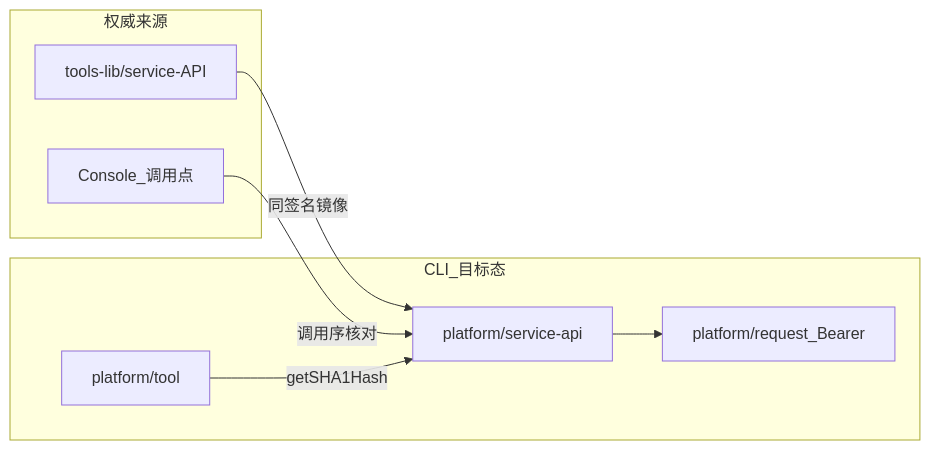
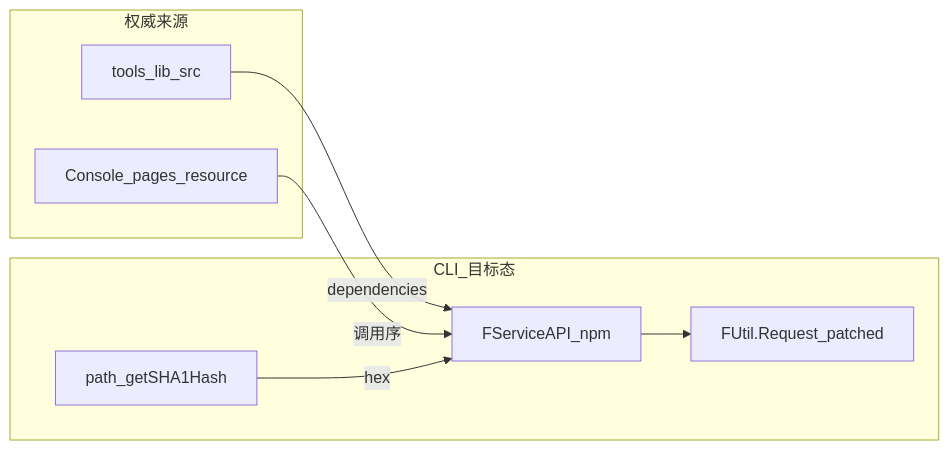
Before and after one commit to freelogfe/freelog-runtime-cli: the diagram in docs/新方案/开发设计/API/API迁移清单.md, drawn with Mermaid. The commit also changed other lines of this file and 537 other files, not shown here.

````diff
--- a/docs/新方案/开发设计/API/API迁移清单.md
+++ b/docs/新方案/开发设计/API/API迁移清单.md
@@ -60,18 +61,18 @@
 ```mermaid
 flowchart LR
   subgraph source [权威来源]
-    TL[tools-lib/service-API]
-    Console[Console_调用点]
+    TL[tools_lib_src]
+    Console[Console_pages_resource]
   end
 
   subgraph target [CLI_目标态]
-    SAPI[platform/service-api]
-    Tool[platform/tool]
-    NReq[platform/request_Bearer]
+    SAPI[FServiceAPI_npm]
+    Tool[path_getSHA1Hash]
+    NReq[FUtil.Request_patched]
   end
 
-  TL -->|同签名镜像| SAPI
-  Console -->|调用序核对| SAPI
+  TL -->|dependencies| SAPI
+  Console -->|调用序| SAPI
   SAPI --> NReq
-  Tool -->|getSHA1Hash| SAPI
+  Tool -->|hex| SAPI
 ```
````
